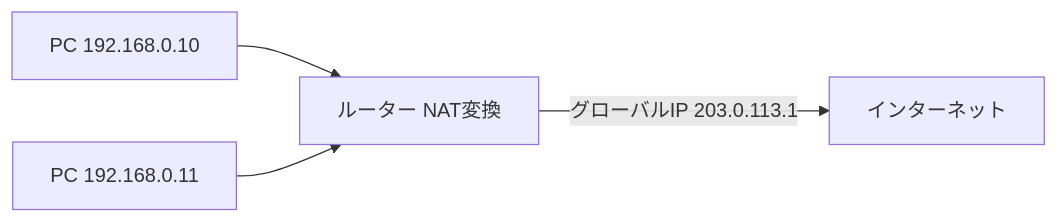
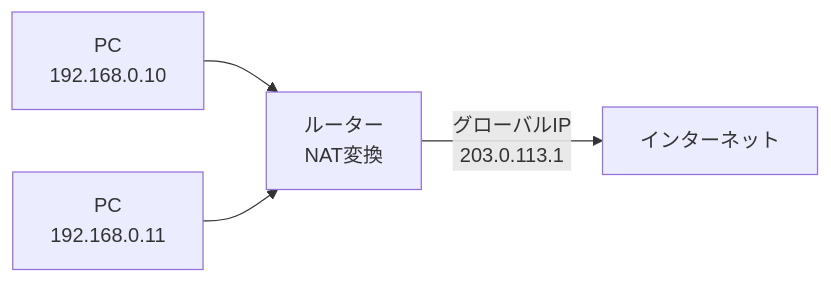
Before and after one commit to x86-unix/docs: diagram 11 of 18 in training/basics.md, drawn with Mermaid. The commit also changed other lines of this file, not shown here.

````diff
--- a/training/basics.md
+++ b/training/basics.md
@@ -345,6 +871,6 @@
 ```mermaid
 graph LR
-    PC1["PC 192.168.0.10"] --> Router["ルーター NAT変換"]
-    PC2["PC 192.168.0.11"] --> Router
-    Router -->|"グローバルIP 203.0.113.1"| Internet[インターネット]
+    PC1[PC<br/>192.168.0.10] --> Router[ルーター<br/>NAT変換]
+    PC2[PC<br/>192.168.0.11] --> Router
+    Router -->|グローバルIP<br/>203.0.113.1| Internet[インターネット]
 ```
````
